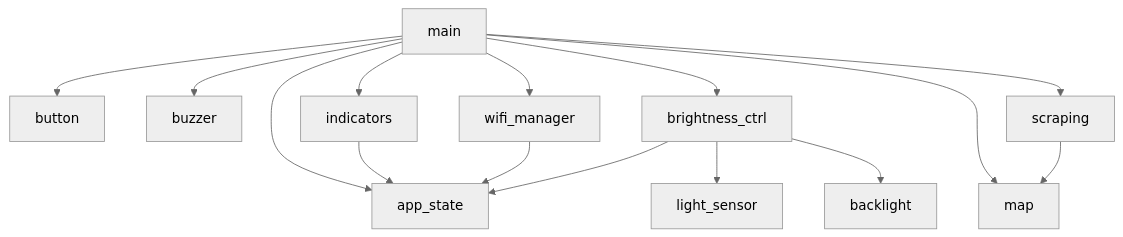
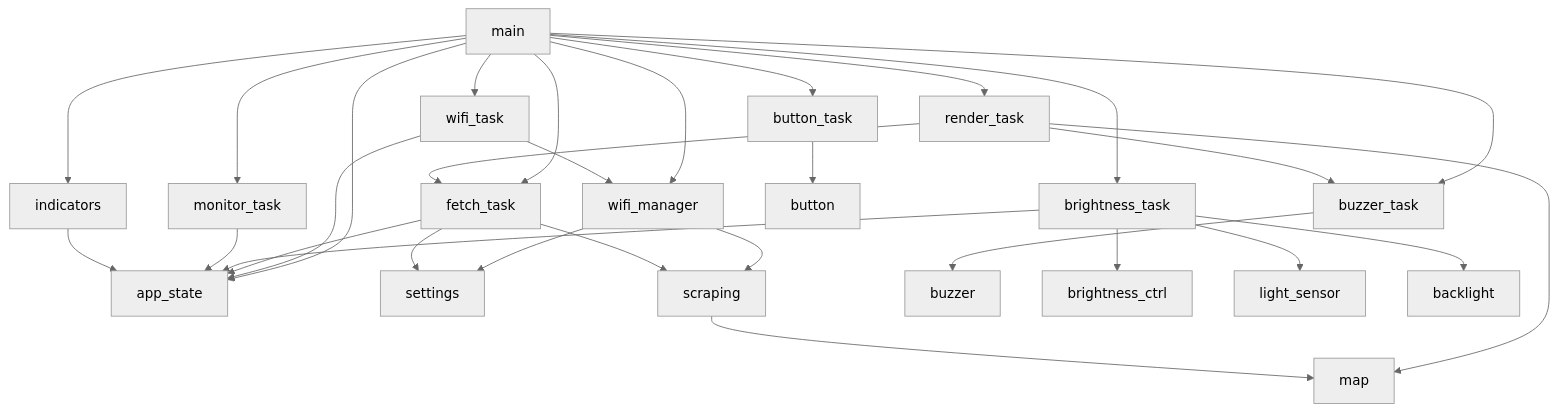
The fourth of 4 diagrams in docs/ARCHITECTURE.md (tepasha/alertinua), drawn with Mermaid (neutral theme) before and after one commit. The commit also changed other lines of this file and 52 other files, not shown here.

````diff
--- a/docs/ARCHITECTURE.md
+++ b/docs/ARCHITECTURE.md
@@ -122,18 +127,34 @@
 ```mermaid
 flowchart TD
     main --> app_state
-    main --> button
-    main --> buzzer
     main --> indicators
-    main --> brightness_ctrl
     main --> wifi_manager
-    main --> scraping
-    main --> map
+    main --> wifi_task
+    main --> fetch_task
+    main --> render_task
+    main --> button_task
+    main --> buzzer_task
+    main --> brightness_task
+    main --> monitor_task
+
+    wifi_task --> wifi_manager
+    wifi_manager --> settings
+    wifi_manager --> scraping
+    fetch_task --> settings
+    wifi_task --> app_state
+    fetch_task --> scraping
+    fetch_task --> app_state
+    render_task --> map
+    render_task --> fetch_task
+    render_task --> buzzer_task
+    button_task --> button
+    buzzer_task --> buzzer
+    brightness_task --> brightness_ctrl
+    brightness_task --> light_sensor
+    brightness_task --> backlight
+    brightness_task --> app_state
+    monitor_task --> app_state
 
     indicators --> app_state
-    wifi_manager --> app_state
-    brightness_ctrl --> app_state
-    brightness_ctrl --> light_sensor
-    brightness_ctrl --> backlight
     scraping --> map
 ```
````
